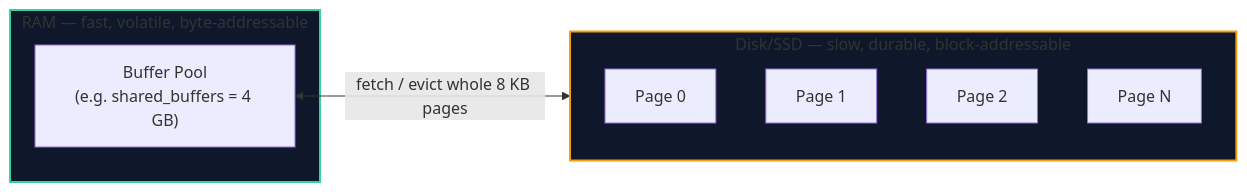
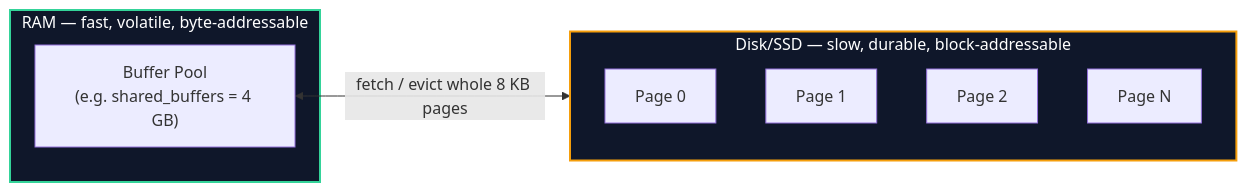
One commit to 1345AbhishekKumar/cs-cookbook changed the first of 3 diagrams in content/docs/databases-sql/02-indexing-and-query-tuning/01-storage-engines-and-pages.mdx. Above: the diagram before and after it, drawn with Mermaid. The commit also changed other lines of this file and 80 other files, not shown here.

````diff
--- a/content/docs/databases-sql/02-indexing-and-query-tuning/01-storage-engines-and-pages.mdx
+++ b/content/docs/databases-sql/02-indexing-and-query-tuning/01-storage-engines-and-pages.mdx
@@ -17,16 +17,16 @@
 ```mermaid
 flowchart LR
     subgraph RAM["RAM — fast, volatile, byte-addressable"]
         BP["Buffer Pool<br/>(e.g. shared_buffers = 4 GB)"]
     end
     subgraph DISK["Disk/SSD — slow, durable, block-addressable"]
         P1["Page 0"]
         P2["Page 1"]
         P3["Page 2"]
         P4["Page N"]
     end
     BP <-->|"fetch / evict whole 8 KB pages"| DISK
 
-    style RAM fill:#0f172a,stroke:#34d399,stroke-width:2px
-    style DISK fill:#0f172a,stroke:#f59e0b,stroke-width:2px
+    style RAM fill:#0f172a,stroke:#34d399,stroke-width:2px,color:#ffffff
+    style DISK fill:#0f172a,stroke:#f59e0b,stroke-width:2px,color:#ffffff
 ```
````
